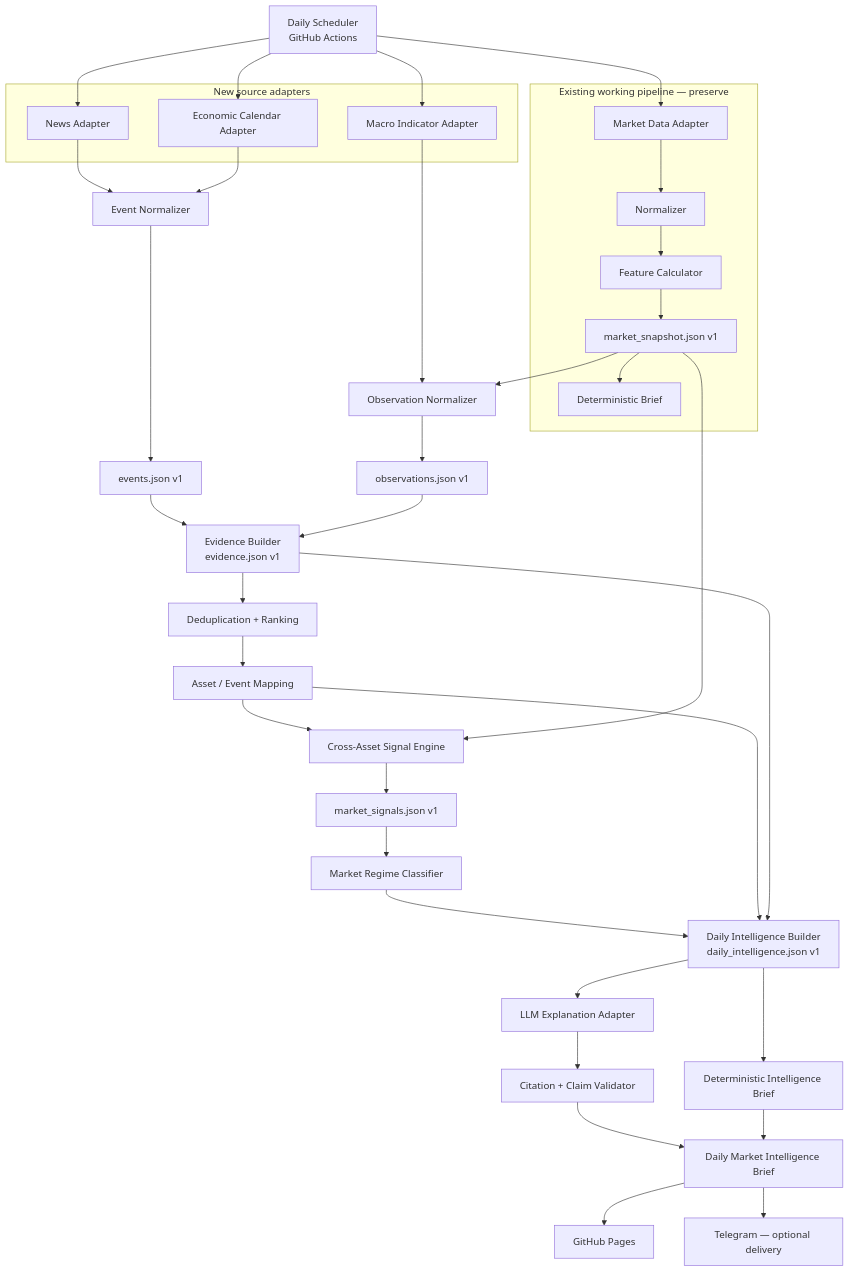
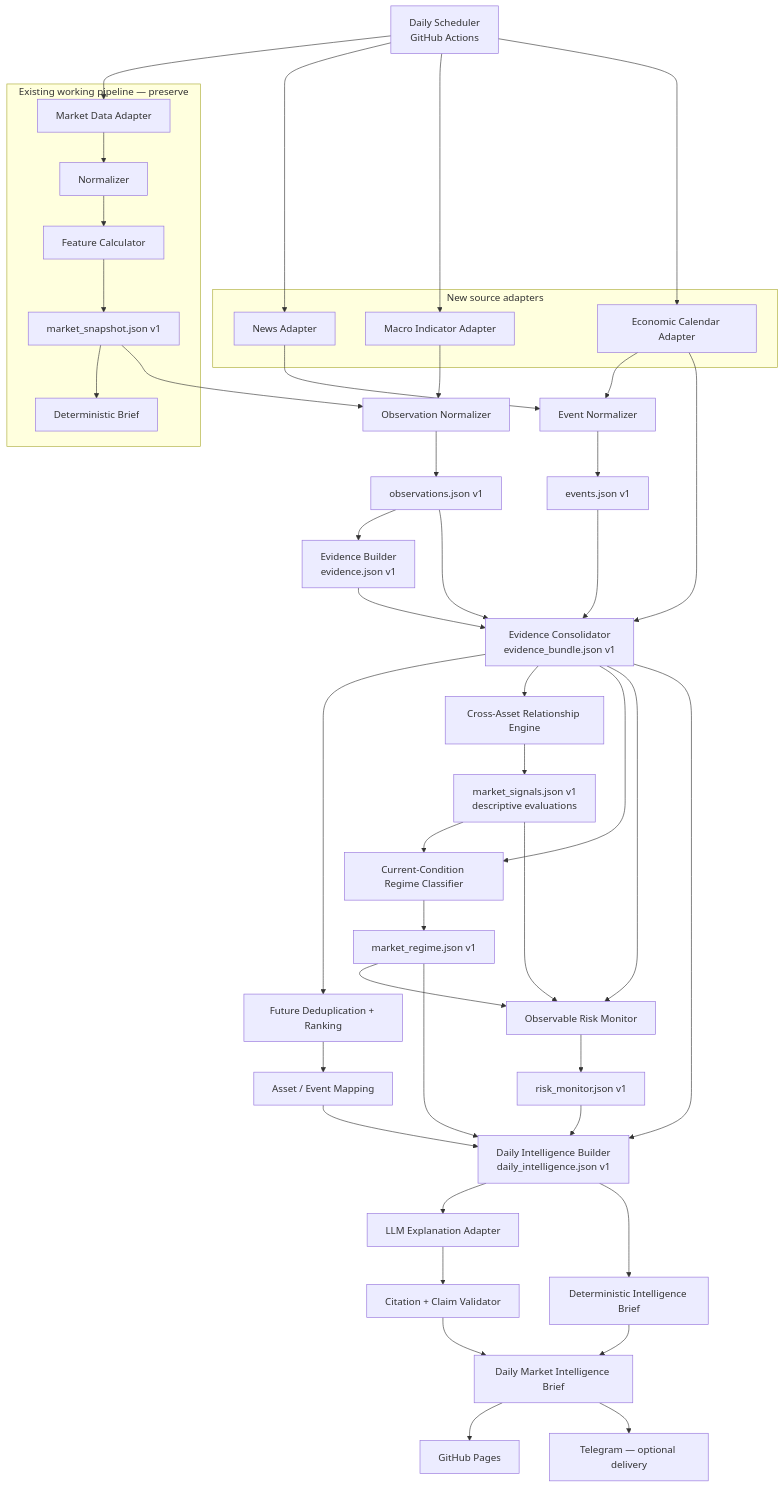
One commit to froyo1015/AI-Market-Intelligence changed the diagram in docs/architecture.md. Above: the diagram before and after it, drawn with Mermaid. The commit also changed other lines of this file and 48 other files, not shown here.

Commit message:
feat: add risk monitor layer

````diff
--- a/docs/architecture.md
+++ b/docs/architecture.md
@@ -37,53 +37,63 @@
 ```mermaid
 flowchart TD
     Scheduler["Daily Scheduler<br/>GitHub Actions"]
 
     subgraph Existing["Existing working pipeline — preserve"]
         Market["Market Data Adapter"] --> Normalizer["Normalizer"]
         Normalizer --> Features["Feature Calculator"]
         Features --> Snapshot["market_snapshot.json v1"]
         Snapshot --> BaseBrief["Deterministic Brief"]
     end
 
     subgraph Inputs["New source adapters"]
         News["News Adapter"]
         Macro["Macro Indicator Adapter"]
         Calendar["Economic Calendar Adapter"]
     end
 
     Scheduler --> Market
     Scheduler --> News
     Scheduler --> Macro
     Scheduler --> Calendar
 
     News --> EventNorm["Event Normalizer"]
     Macro --> ObservationNorm["Observation Normalizer"]
     Calendar --> EventNorm
     Snapshot --> ObservationNorm
 
     EventNorm --> Events["events.json v1"]
     ObservationNorm --> Observations["observations.json v1"]
 
-    Events --> Evidence["Evidence Builder<br/>evidence.json v1"]
-    Observations --> Evidence
-    Evidence --> Dedupe["Deduplication + Ranking"]
+    Events --> Consolidator["Evidence Consolidator<br/>evidence_bundle.json v1"]
+    Observations --> Evidence["Evidence Builder<br/>evidence.json v1"]
+    Observations --> Consolidator
+    Evidence --> Consolidator
+    Calendar --> Consolidator
+    Consolidator --> Dedupe["Future Deduplication + Ranking"]
     Dedupe --> Mapping["Asset / Event Mapping"]
 
-    Mapping --> Signals["Cross-Asset Signal Engine"]
-    Snapshot --> Signals
-    Signals --> SignalFile["market_signals.json v1"]
-    SignalFile --> Regime["Market Regime Classifier"]
+    Consolidator --> Signals["Cross-Asset Relationship Engine"]
+    Signals --> SignalFile["market_signals.json v1<br/>descriptive evaluations"]
+    Consolidator --> Regime["Current-Condition Regime Classifier"]
+    SignalFile --> Regime
+    Regime --> RegimeFile["market_regime.json v1"]
 
-    Regime --> Intelligence["Daily Intelligence Builder<br/>daily_intelligence.json v1"]
+    Consolidator --> RiskMonitor["Observable Risk Monitor"]
+    SignalFile --> RiskMonitor
+    RegimeFile --> RiskMonitor
+    RiskMonitor --> RiskFile["risk_monitor.json v1"]
+
+    RegimeFile --> Intelligence["Daily Intelligence Builder<br/>daily_intelligence.json v1"]
+    RiskFile --> Intelligence
     Mapping --> Intelligence
-    Evidence --> Intelligence
+    Consolidator --> Intelligence
 
     Intelligence --> LLM["LLM Explanation Adapter"]
     LLM --> Validator["Citation + Claim Validator"]
     Validator --> Report["Daily Market Intelligence Brief"]
     Intelligence --> Fallback["Deterministic Intelligence Brief"]
     Fallback --> Report
 
     Report --> Pages["GitHub Pages"]
     Report --> Telegram["Telegram — optional delivery"]
 ```
````
